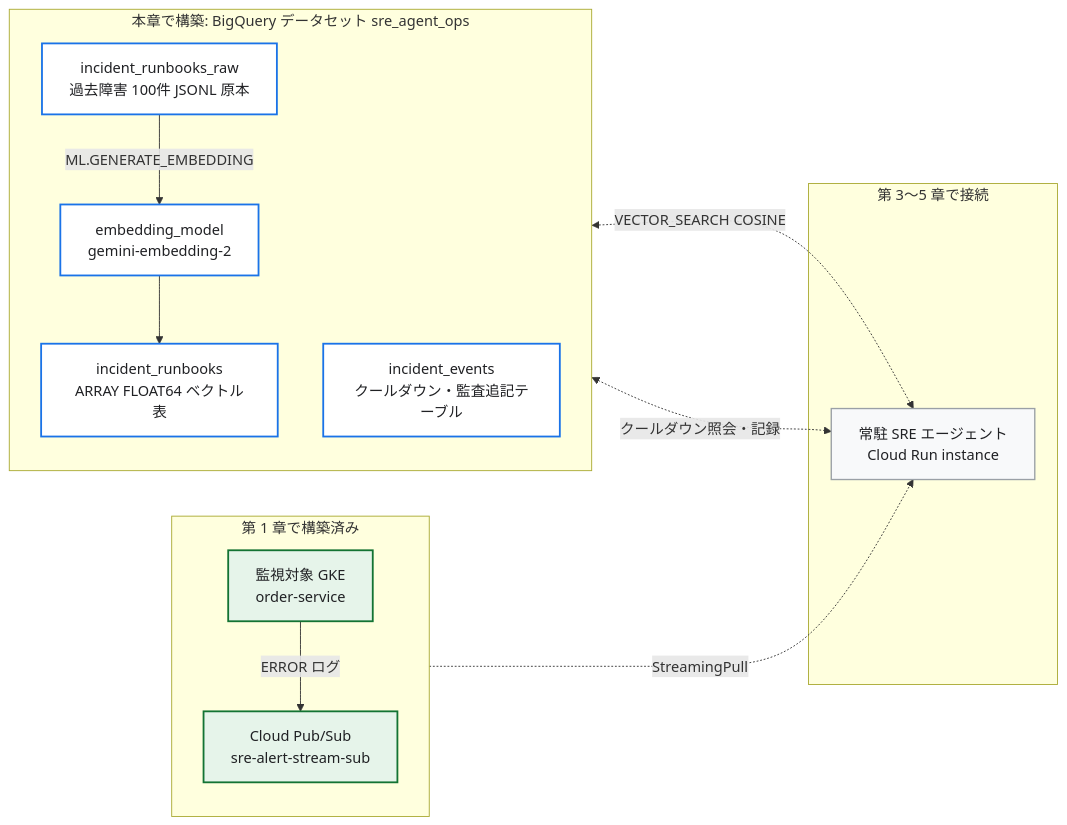
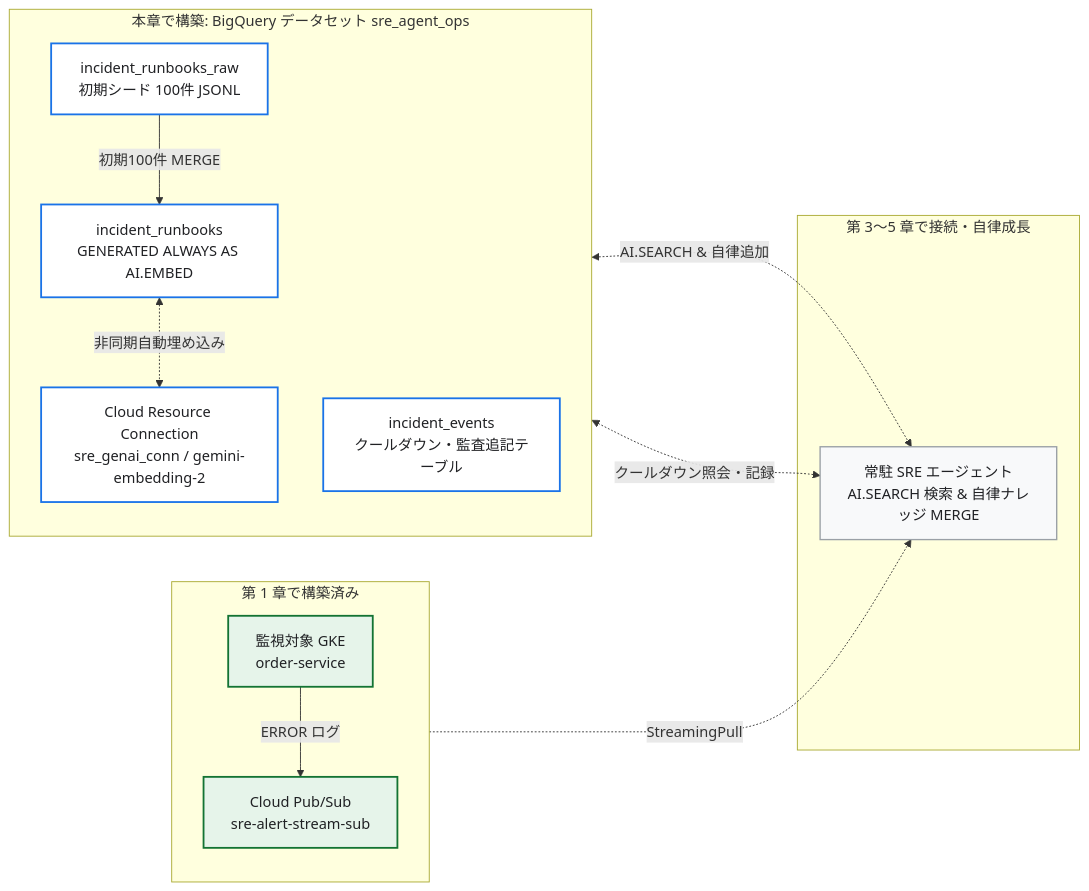
One commit to tyorikan/agentic-sre-handson changed the first of 2 diagrams in docs/02-bigquery-vector-kb.md. Above: the diagram before and after it, drawn with Mermaid. The commit also changed other lines of this file and 34 other files, not shown here.

````diff
--- a/docs/02-bigquery-vector-kb.md
+++ b/docs/02-bigquery-vector-kb.md
@@ -17,29 +17,29 @@
 ```mermaid
 flowchart LR
     subgraph Prev["第 1 章で構築済み"]
         direction TB
         GKE["監視対象 GKE<br/>order-service"] -->|"ERROR ログ"| PS["Cloud Pub/Sub<br/>sre-alert-stream-sub"]
     end
 
     subgraph Now["本章で構築: BigQuery データセット sre_agent_ops"]
         direction TB
-        Raw["incident_runbooks_raw<br/>過去障害 100件 JSONL 原本"] -->|"ML.GENERATE_EMBEDDING"| Model["embedding_model<br/>gemini-embedding-2"]
-        Model --> VecTable["incident_runbooks<br/>ARRAY FLOAT64 ベクトル表"]
+        Raw["incident_runbooks_raw<br/>初期シード 100件 JSONL"] -->|"初期100件 MERGE"| VecTable["incident_runbooks<br/>GENERATED ALWAYS AS AI.EMBED"]
+        VecTable <-.->|"非同期自動埋め込み"| Conn["Cloud Resource Connection<br/>sre_genai_conn / gemini-embedding-2"]
         EventTable["incident_events<br/>クールダウン・監査追記テーブル"]
     end
 
-    subgraph Next["第 3〜5 章で接続"]
-        Agent["常駐 SRE エージェント<br/>Cloud Run instance"]
+    subgraph Next["第 3〜5 章で接続・自律成長"]
+        Agent["常駐 SRE エージェント<br/>AI.SEARCH 検索 & 自律ナレッジ MERGE"]
     end
 
     PS -.->|"StreamingPull"| Agent
-    VecTable <-.->|"VECTOR_SEARCH COSINE"| Agent
+    VecTable <-.->|"AI.SEARCH & 自律追加"| Agent
     EventTable <-.->|"クールダウン照会・記録"| Agent
 
     classDef done fill:#e6f4ea,stroke:#137333,stroke-width:2px,color:#202124;
     classDef current fill:#ffffff,stroke:#1a73e8,stroke-width:2px,color:#202124;
     classDef future fill:#f8f9fa,stroke:#9aa0a6,stroke-width:1.5px,color:#202124;
     class GKE,PS done;
-    class Raw,Model,VecTable,EventTable current;
+    class Raw,Conn,VecTable,EventTable current;
     class Agent future;
 ```
````
